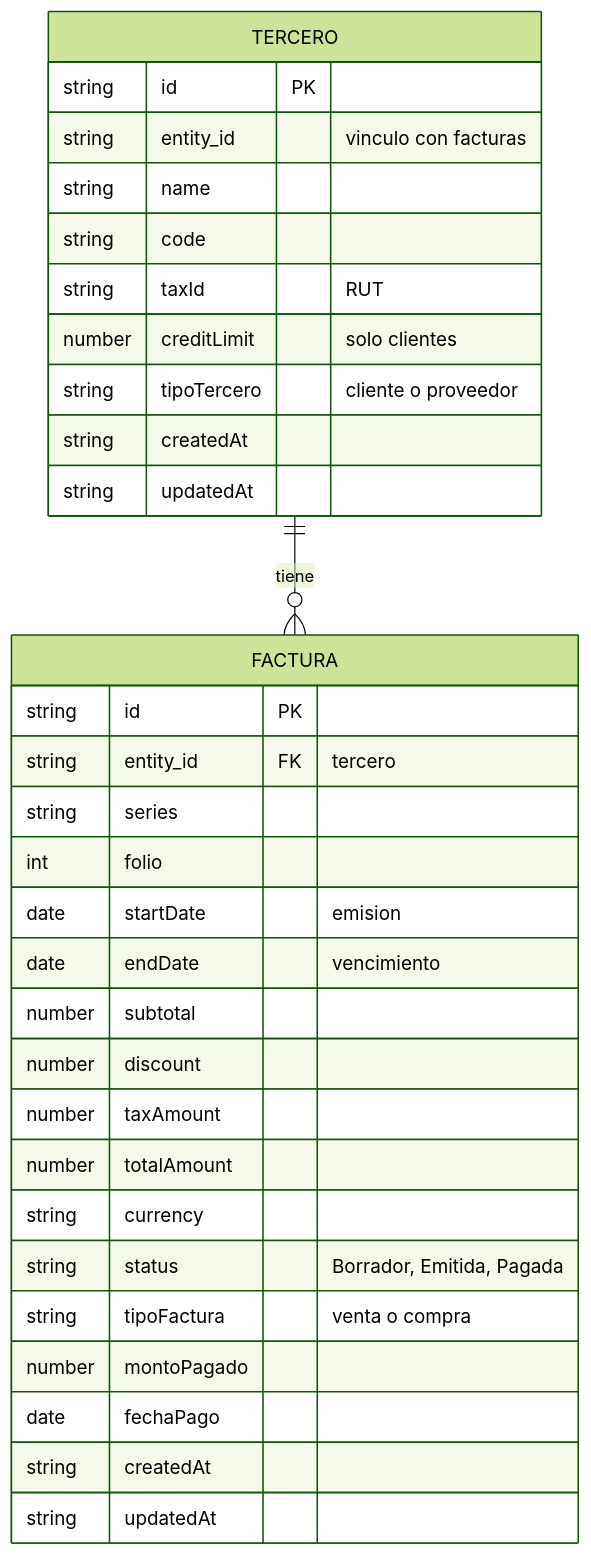
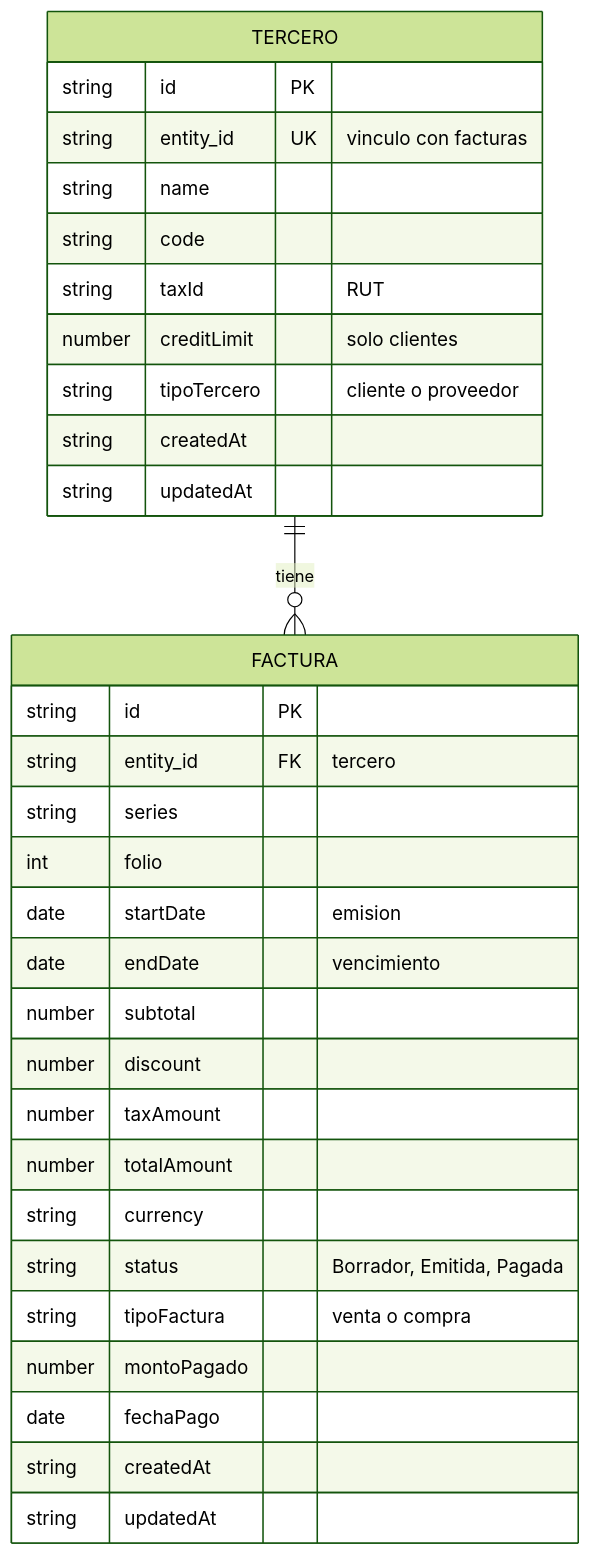
Before and after one commit to MDS-BI/Grupo-01: the diagram in specs/001-erp-base-module/data-model.md, drawn with Mermaid (forest theme). The commit also changed other lines of this file and 3 other files, not shown here.

````diff
--- a/specs/001-erp-base-module/data-model.md
+++ b/specs/001-erp-base-module/data-model.md
@@ -176,36 +176,36 @@
 ```mermaid
 erDiagram
     TERCERO ||--o{ FACTURA : "tiene"
 
     TERCERO {
         string id PK
-        string entity_id "vinculo con facturas"
+        string entity_id UK "vinculo con facturas"
         string name
         string code
         string taxId "RUT"
         number creditLimit "solo clientes"
         string tipoTercero "cliente o proveedor"
         string createdAt
         string updatedAt
     }
 
     FACTURA {
         string id PK
         string entity_id FK "tercero"
         string series
         int folio
         date startDate "emision"
         date endDate "vencimiento"
         number subtotal
         number discount
         number taxAmount
         number totalAmount
         string currency
         string status "Borrador, Emitida, Pagada"
         string tipoFactura "venta o compra"
         number montoPagado
         date fechaPago
         string createdAt
         string updatedAt
     }
 ```
````
